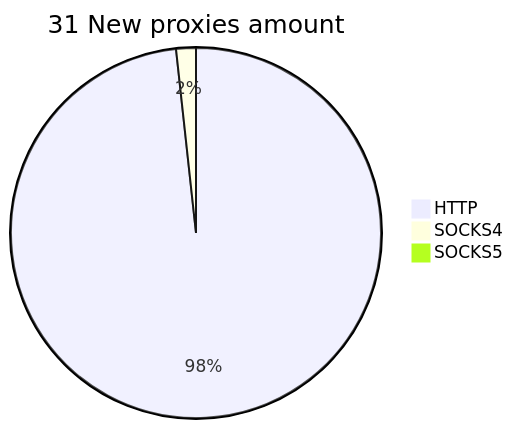
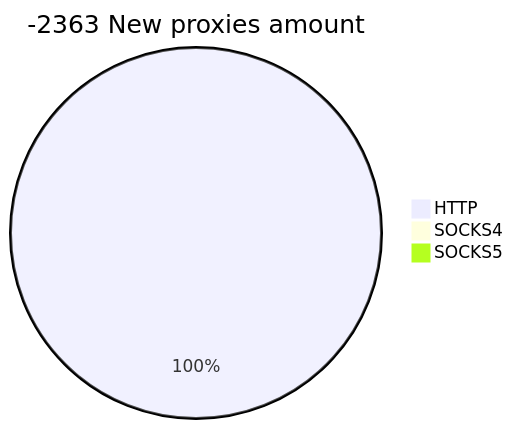
The second of 2 diagrams in README.md (cutipu/proxylist), drawn with Mermaid before and after one commit. The commit also changed other lines of this file, not shown here.

````diff
--- a/README.md
+++ b/README.md
@@ -10,6 +10,6 @@
 ```mermaid
-pie title 31 New proxies amount
-    "HTTP" : 57
-    "SOCKS4" : 1
+pie title -2363 New proxies amount
+    "HTTP" : 1
+    "SOCKS4" : 0
     "SOCKS5" : 0
 ```
````
